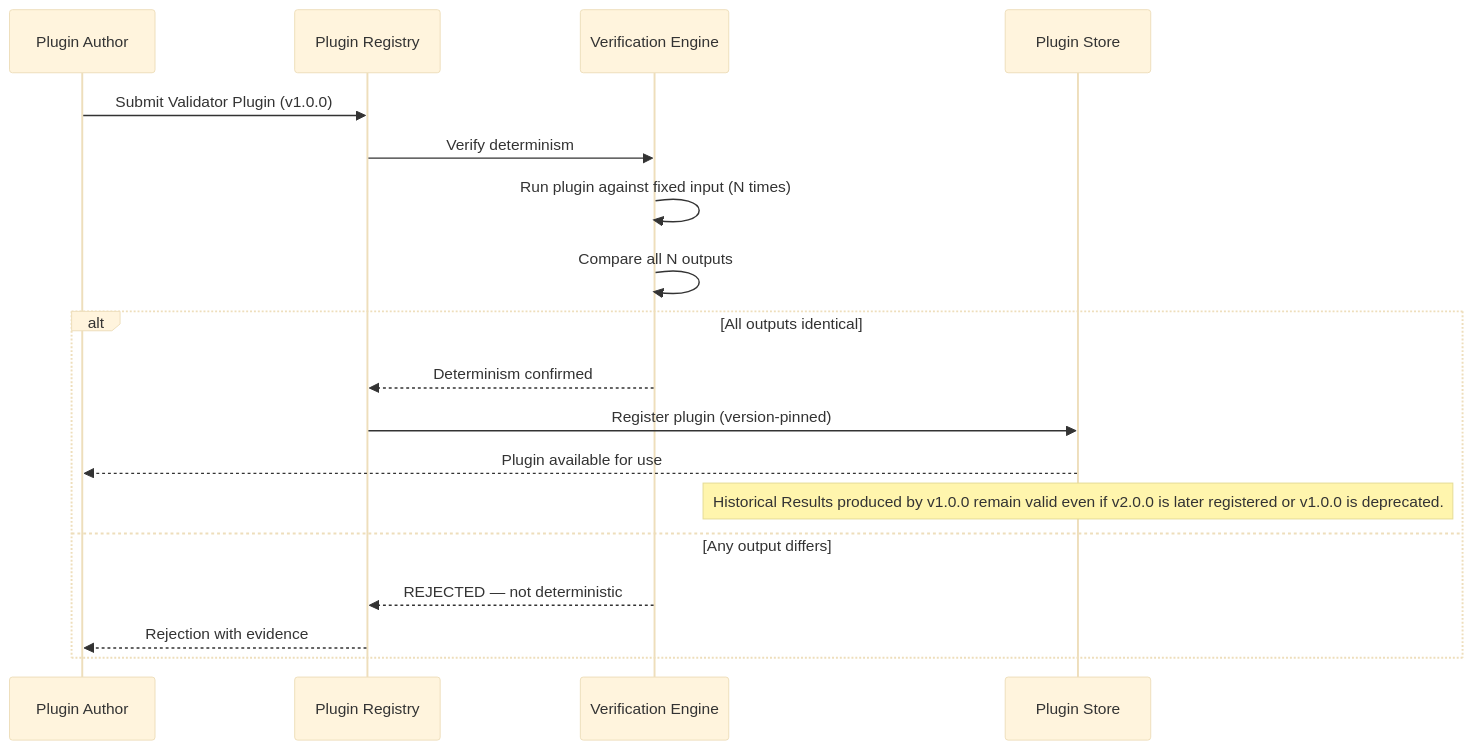
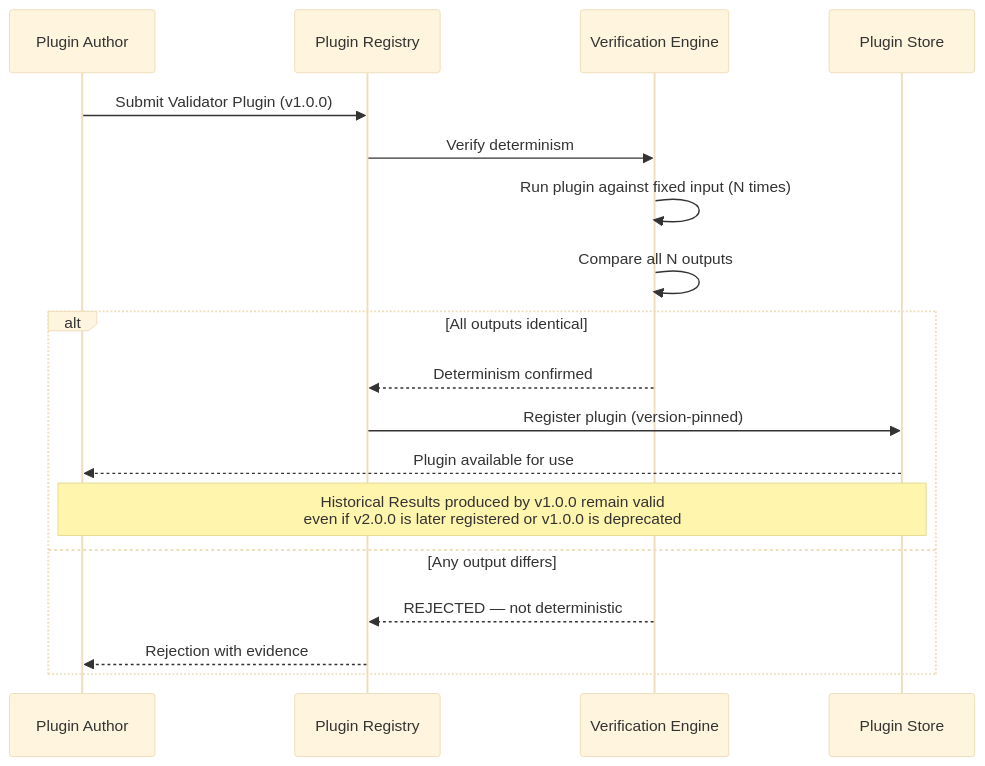
One commit to igorakymenko-create/AQEF changed the sixth of 6 diagrams in appendices/appendix-f-sequence-diagrams.md. Above: the diagram before and after it, drawn with Mermaid (base theme). The commit also changed other lines of this file and 25 other files, not shown here.

Commit message:
Fix consistency issues found in v0.2 audit: Result schema, Human Reviewer binding, terminology cleanup

````diff
--- a/appendices/appendix-f-sequence-diagrams.md
+++ b/appendices/appendix-f-sequence-diagrams.md
@@ -201,21 +201,21 @@
 ```mermaid
 sequenceDiagram
     participant PA as Plugin Author
     participant PR as Plugin Registry
     participant VE as Verification Engine
     participant PS as Plugin Store
 
     PA->>PR: Submit Validator Plugin (v1.0.0)
     PR->>VE: Verify determinism
     VE->>VE: Run plugin against fixed input (N times)
     VE->>VE: Compare all N outputs
     alt All outputs identical
         VE-->>PR: Determinism confirmed
         PR->>PS: Register plugin (version-pinned)
         PS-->>PA: Plugin available for use
-        note over PS: Historical Results produced by v1.0.0 remain valid even if v2.0.0 is later registered or v1.0.0 is deprecated.
+        note over PA,PS: Historical Results produced by v1.0.0 remain valid<br/>even if v2.0.0 is later registered or v1.0.0 is deprecated
     else Any output differs
         VE-->>PR: REJECTED — not deterministic
         PR-->>PA: Rejection with evidence
     end
 ```
````
